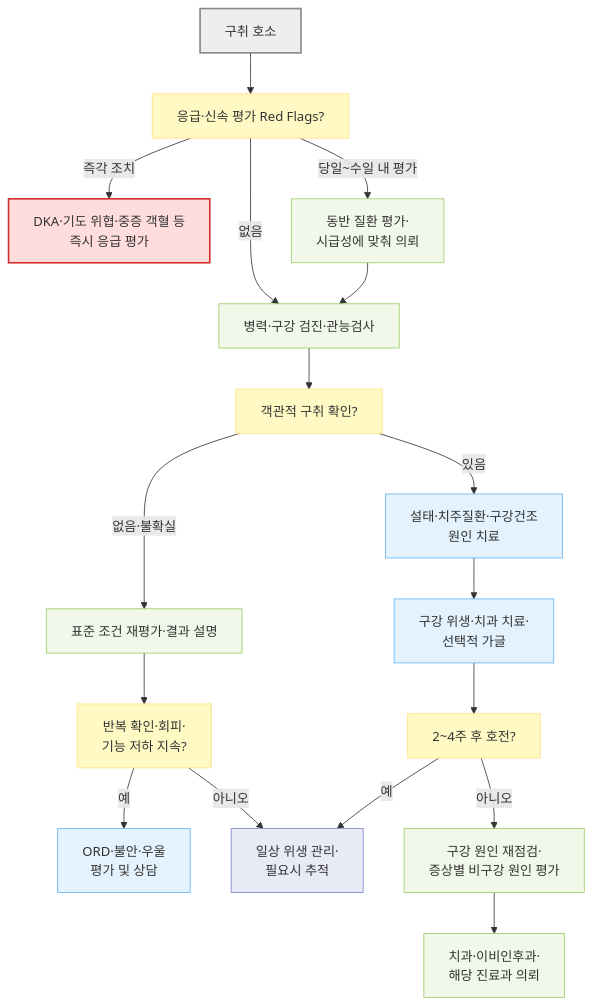
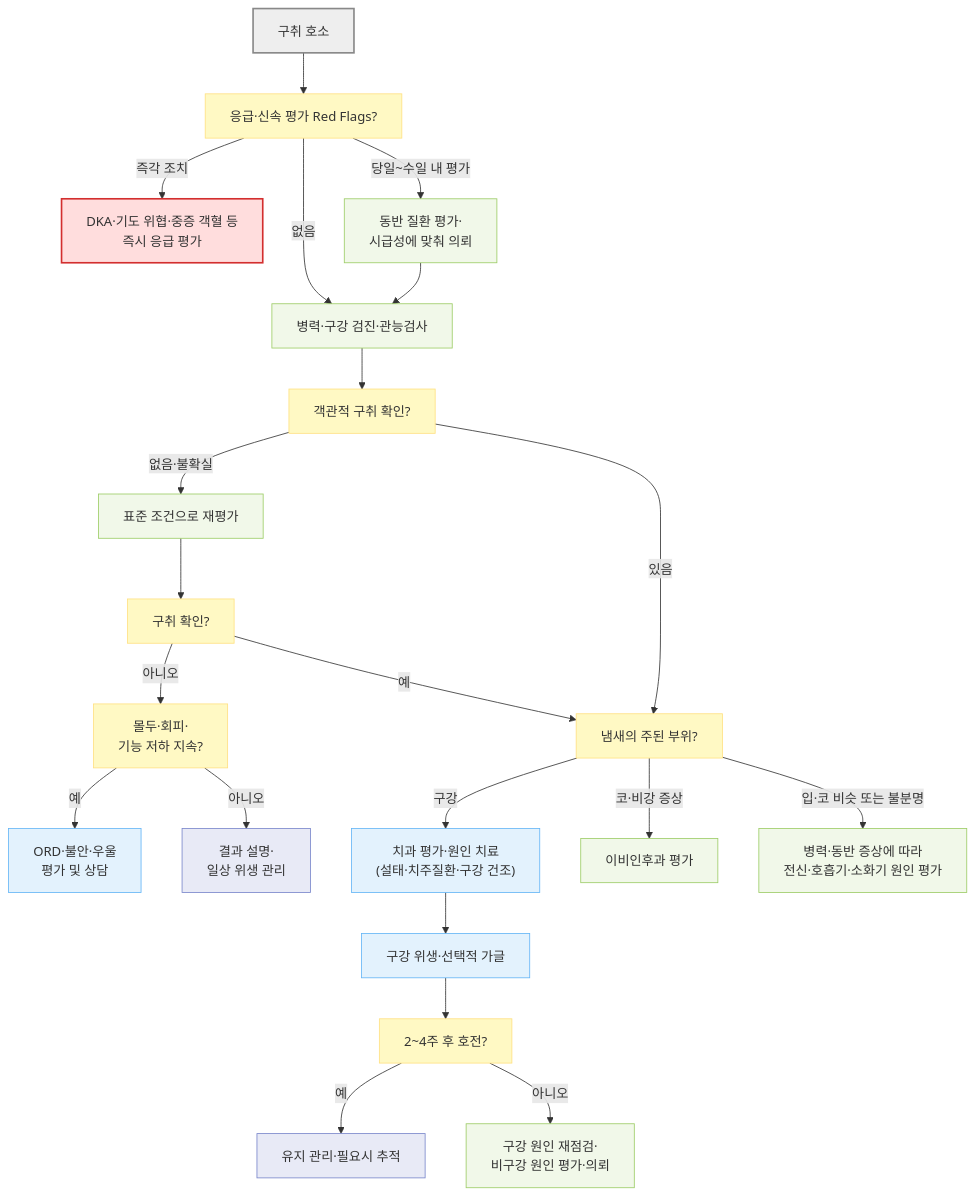
One commit to familyoh77/familyoh77 changed the diagram in 220_/004_-halitosis-bad-breath.md. Above: the diagram before and after it, drawn with Mermaid. The commit also changed other lines of this file and 4 other files, not shown here.

````diff
--- a/220_/004_-halitosis-bad-breath.md
+++ b/220_/004_-halitosis-bad-breath.md
@@ -174,31 +174,35 @@
 ```mermaid
 flowchart TD
     A["구취 호소"] --> B["응급·신속 평가 Red Flags?"]
     B -- "즉각 조치" --> C["DKA·기도 위협·중증 객혈 등 <br/>즉시 응급 평가"]
     B -- "당일~수일 내 평가" --> D["동반 질환 평가·<br/>시급성에 맞춰 의뢰"]
     B -- "없음" --> E["병력·구강 검진·관능검사"]
     D --> E
     E --> F["객관적 구취 확인?"]
-    F -- "없음·불확실" --> G["표준 조건 재평가·결과 설명"]
-    G --> H["반복 확인·회피·<br/>기능 저하 지속?"]
+    F -- "없음·불확실" --> G["표준 조건으로 재평가"]
+    G --> G2["구취 확인?"]
+    G2 -- "예" --> P
+    G2 -- "아니오" --> H["몰두·회피·<br/>기능 저하 지속?"]
     H -- "예" --> I["ORD·불안·우울 <br/>평가 및 상담"]
-    H -- "아니오" --> J["일상 위생 관리·<br/>필요시 추적"]
-    F -- "있음" --> K["설태·치주질환·구강건조 <br/>원인 치료"]
-    K --> L["구강 위생·치과 치료·<br/>선택적 가글"]
+    H -- "아니오" --> J["결과 설명·<br/>일상 위생 관리"]
+    F -- "있음" --> P["냄새의 주된 부위?"]
+    P -- "구강" --> K["치과 평가·원인 치료<br/>(설태·치주질환·구강 건조)"]
+    P -- "코·비강 증상" --> Q["이비인후과 평가"]
+    P -- "입·코 비슷 또는 불분명" --> R["병력·동반 증상에 따라 <br/>전신·호흡기·소화기 원인 평가"]
+    K --> L["구강 위생·선택적 가글"]
     L --> M["2~4주 후 호전?"]
-    M -- "예" --> J
-    M -- "아니오" --> N["구강 원인 재점검·<br/>증상별 비구강 원인 평가"]
-    N --> O["치과·이비인후과·<br/>해당 진료과 의뢰"]
+    M -- "예" --> J2["유지 관리·필요시 추적"]
+    M -- "아니오" --> N["구강 원인 재점검·<br/>비구강 원인 평가·의뢰"]
     classDef start fill:#eeeeee,stroke:#888888,stroke-width:2px
     classDef question fill:#fff9c4,stroke:#ffe082
     classDef emergency fill:#ffdddd,stroke:#d32f2f,stroke-width:2px
     classDef evaluation fill:#f1f8e9,stroke:#9ccc65
     classDef treatment fill:#e3f2fd,stroke:#64b5f6
     classDef followup fill:#e8eaf6,stroke:#7986cb
     class A start
-    class B,F,H,M question
+    class B,F,G2,H,M,P question
     class C emergency
-    class D,E,G,N,O evaluation
+    class D,E,G,N,Q,R evaluation
     class I,K,L treatment
-    class J followup
+    class J,J2 followup
 ```
````
